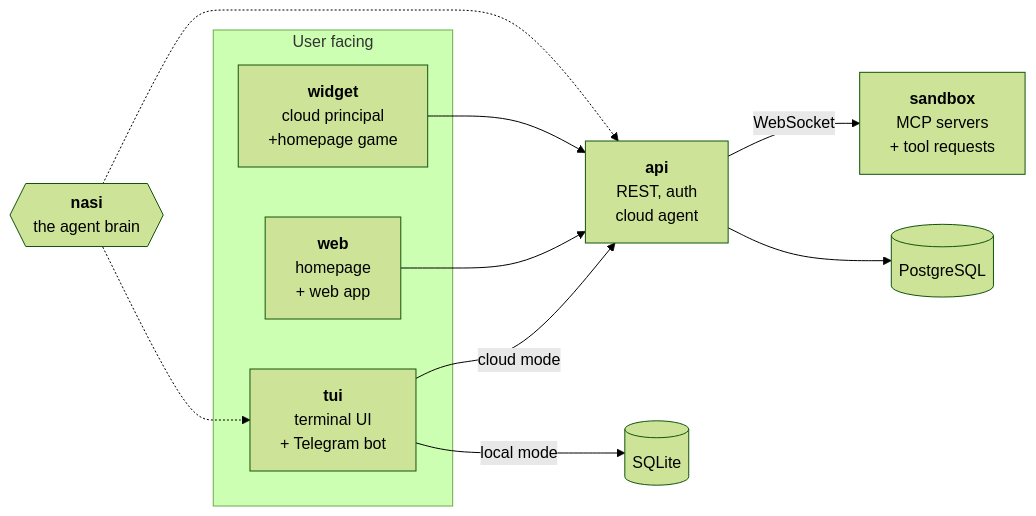
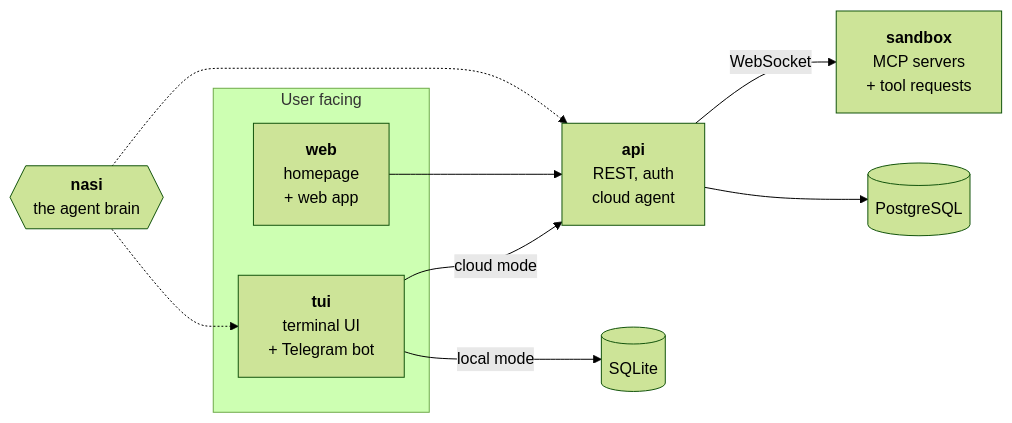
Before and after one commit to SubZtep/kaja: the diagram in README.md, drawn with Mermaid (forest theme). The commit also changed other lines of this file and 135 other files, not shown here.

````diff
--- a/README.md
+++ b/README.md
@@ -20,23 +20,21 @@
 ```mermaid
 flowchart LR
     subgraph doors["User facing"]
         TUI["<b>tui</b><br>terminal UI<br>+ Telegram bot"]
         WEB["<b>web</b><br>homepage<br>+ web app"]
-        WID["<b>widget</b><br>cloud principal<br>+homepage game"]
     end
 
     API["<b>api</b><br>REST, auth<br>cloud agent"]
     SBX["<b>sandbox</b><br>MCP servers<br>+ tool requests"]
     PG[("PostgreSQL")]
     LITE[("SQLite")]
     NASI{{"<b>nasi</b><br>the agent brain"}}
 
     TUI -->|cloud mode| API
     WEB --> API
-    WID --> API
     API -->|WebSocket| SBX
     API --> PG
     TUI -->|local mode| LITE
     NASI -.-> TUI
     NASI -.-> API
 ```
````
